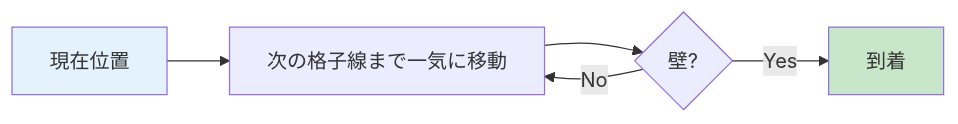
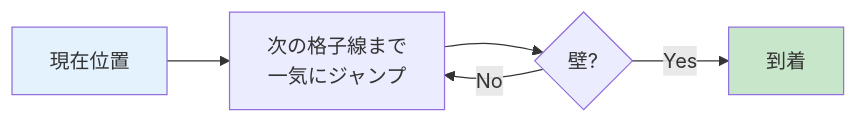
The second of 4 diagrams in docs/04-dda.md (Tsunanko/cub3d-guide), drawn with Mermaid before and after one commit. The commit also changed other lines of this file and 5 other files, not shown here.

````diff
--- a/docs/04-dda.md
+++ b/docs/04-dda.md
@@ -36,10 +43,10 @@
 ```mermaid
 flowchart LR
-    A[現在位置] --> B[次の格子線まで一気に移動]
+    A[現在位置] --> B[次の格子線まで<br>一気にジャンプ]
     B --> C{壁?}
     C -- No --> B
     C -- Yes --> D[到着]
 
     style A fill:#E3F2FD
     style D fill:#C8E6C9
 ```
````
